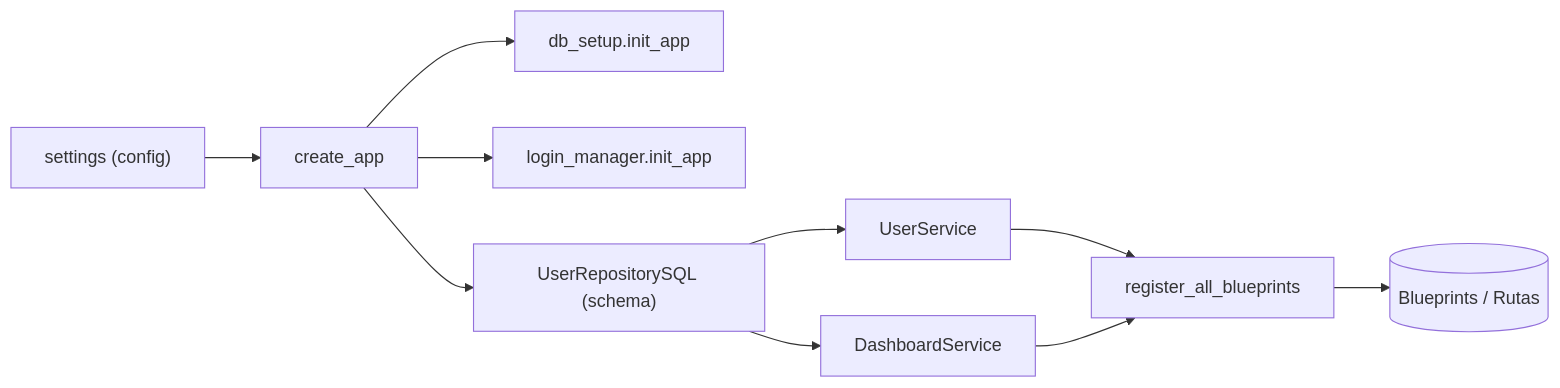
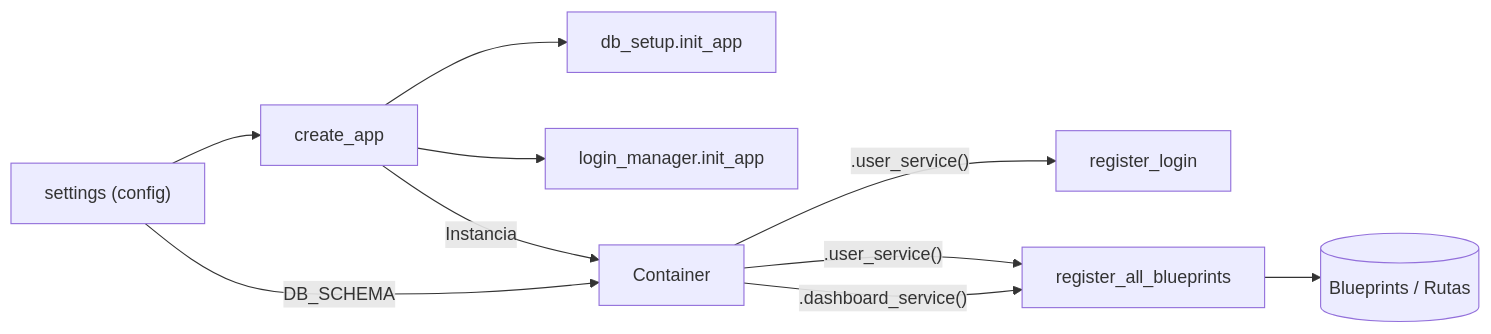
The first of 3 diagrams in docs/main.md (PrograMario12/DLE-2), drawn with Mermaid before and after one commit. The commit also changed other lines of this file and 4 other files, not shown here.

````diff
--- a/docs/main.md
+++ b/docs/main.md
@@ -106,12 +117,15 @@
 ```mermaid
 flowchart LR
     A["settings (config)"] --> B[create_app]
     B --> C[db_setup.init_app]
     B --> D[login_manager.init_app]
-    B --> E["UserRepositorySQL (schema)"]
-    E --> F[UserService]
-    E --> G[DashboardService]
-    F --> H[register_all_blueprints]
-    G --> H
-    H --> I[(Blueprints / Rutas)]
+    
+    B -- Instancia --> E[Container]
+    A -- DB_SCHEMA --> E
+
+    E -- .user_service() --> F[register_login]
+    E -- .user_service() --> G[register_all_blueprints]
+    E -- .dashboard_service() --> G
+    
+    G --> H[(Blueprints / Rutas)]
 ```
````
